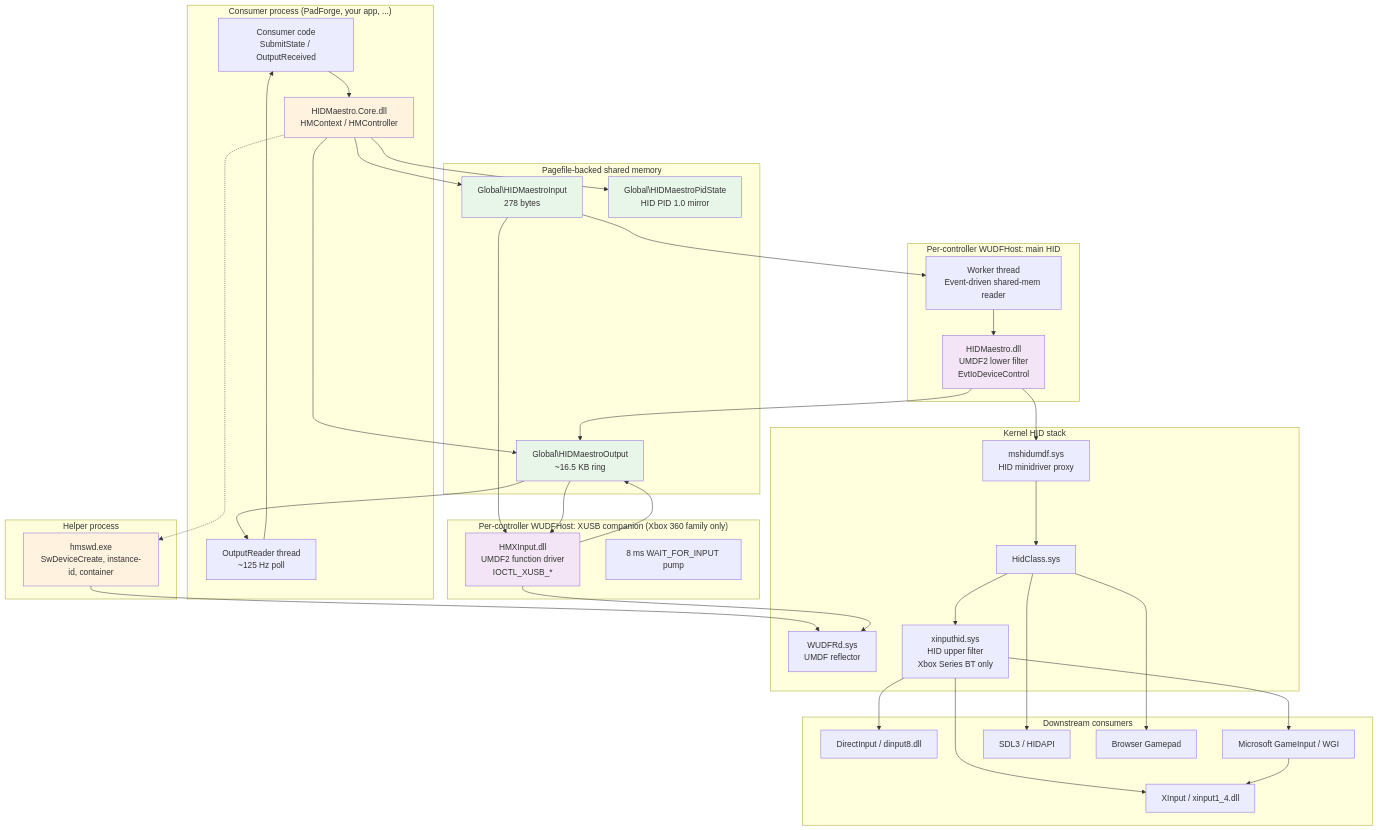
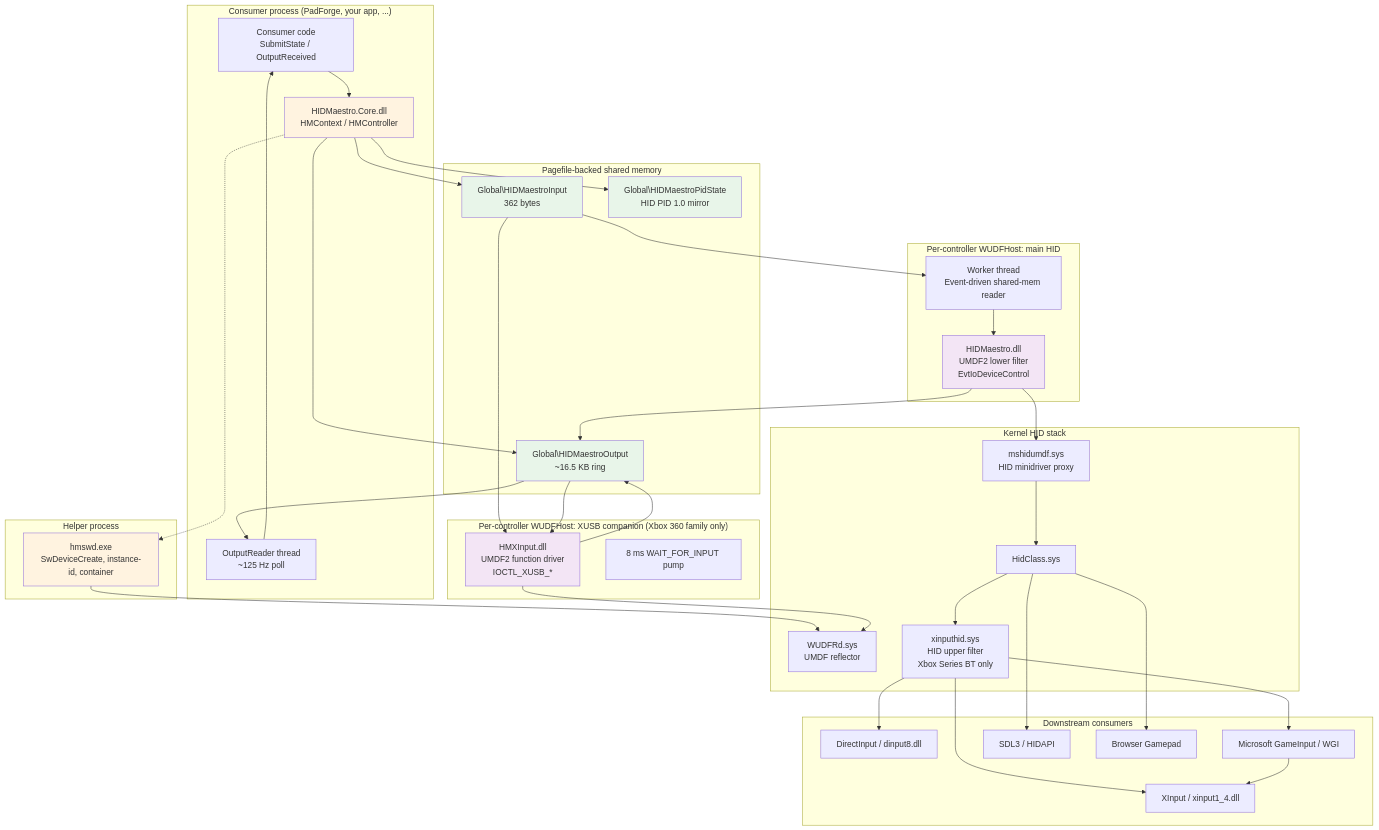
Before and after one commit to hifihedgehog/hidmaestro.org: the diagram in wiki/reference/architecture-overview.md, drawn with Mermaid. The commit also changed other lines of this file and 52 other files, not shown here.

````diff
--- a/wiki/reference/architecture-overview.md
+++ b/wiki/reference/architecture-overview.md
@@ -5,80 +5,80 @@
 ```mermaid
 graph TB
     subgraph "Consumer process (PadForge, your app, ...)"
         APP[Consumer code<br/>SubmitState / OutputReceived]
         SDK[HIDMaestro.Core.dll<br/>HMContext / HMController]
         OUT[OutputReader thread<br/>~125 Hz poll]
     end
 
     subgraph "Helper process"
         HMSWD[hmswd.exe<br/>SwDeviceCreate, instance-id, container]
     end
 
     subgraph "Per-controller WUDFHost: main HID"
         DRV[HIDMaestro.dll<br/>UMDF2 lower filter<br/>EvtIoDeviceControl]
         WORKER[Worker thread<br/>Event-driven shared-mem reader]
     end
 
     subgraph "Per-controller WUDFHost: XUSB companion (Xbox 360 family only)"
         COMP[HMXInput.dll<br/>UMDF2 function driver<br/>IOCTL_XUSB_*]
         PUMP[8 ms WAIT_FOR_INPUT pump]
     end
 
     subgraph "Kernel HID stack"
         HIDCLASS[HidClass.sys]
         MSHID[mshidumdf.sys<br/>HID minidriver proxy]
         WUDFRD[WUDFRd.sys<br/>UMDF reflector]
         XINPUTHID[xinputhid.sys<br/>HID upper filter<br/>Xbox Series BT only]
     end
 
     subgraph "Pagefile-backed shared memory"
-        SHIN[Global\HIDMaestroInput<N><br/>278 bytes]
+        SHIN[Global\HIDMaestroInput<N><br/>362 bytes]
         SHOUT[Global\HIDMaestroOutput<N><br/>~16.5 KB ring]
         SHPID[Global\HIDMaestroPidState<N><br/>HID PID 1.0 mirror]
     end
 
     subgraph "Downstream consumers"
         DI[DirectInput / dinput8.dll]
         XI[XInput / xinput1_4.dll]
         WGI[Microsoft GameInput / WGI]
         SDL[SDL3 / HIDAPI]
         BR[Browser Gamepad]
     end
 
     APP --> SDK
     SDK --> SHIN
     SDK --> SHOUT
     SDK --> SHPID
     SDK -.-> HMSWD
     HMSWD --> WUDFRD
 
     SHIN --> WORKER
     WORKER --> DRV
     DRV --> MSHID
     MSHID --> HIDCLASS
 
     SHIN --> COMP
     COMP --> WUDFRD
     SHOUT --> COMP
 
     HIDCLASS --> XINPUTHID
     XINPUTHID --> DI
     XINPUTHID --> XI
     XINPUTHID --> WGI
     HIDCLASS --> SDL
     HIDCLASS --> BR
     WGI --> XI
 
     DRV --> SHOUT
     COMP --> SHOUT
     SHOUT --> OUT
     OUT --> APP
 
     style SDK fill:#fff3e0
     style DRV fill:#f3e5f5
     style COMP fill:#f3e5f5
     style HMSWD fill:#fff3e0
     style SHIN fill:#e8f5e9
     style SHOUT fill:#e8f5e9
     style SHPID fill:#e8f5e9
 ```
````
